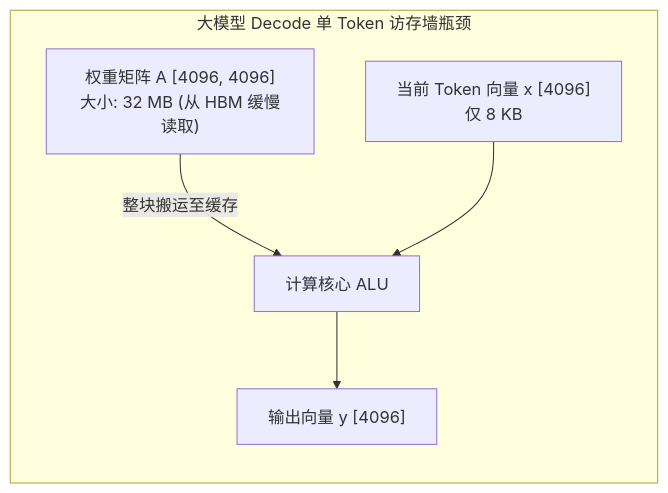
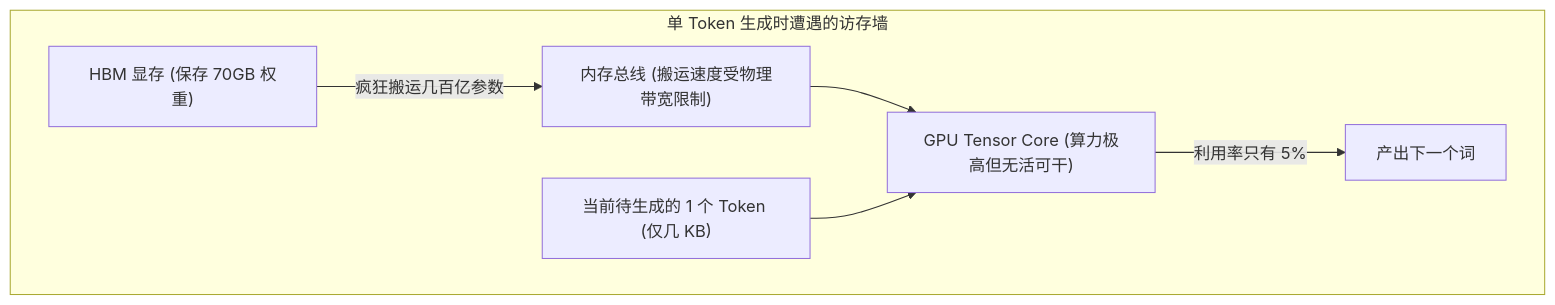
One commit to hqu-little-boy/blog changed the second of 3 diagrams in src/content/posts/dl-operators-02-linear-algebra-gemm-guide.md. Above: the diagram before and after it, drawn with Mermaid. The commit also changed other lines of this file and 11 other files, not shown here.

````diff
--- a/src/content/posts/dl-operators-02-linear-algebra-gemm-guide.md
+++ b/src/content/posts/dl-operators-02-linear-algebra-gemm-guide.md
@@ -297,11 +251,14 @@
 ```mermaid
-graph LR
-    subgraph DecodeBottleneck["大模型 Decode 单 Token 访存墙瓶颈"]
-        Weights["权重矩阵 A [4096, 4096]\n大小: 32 MB (从 HBM 缓慢读取)"]
-        TokenVector["当前 Token 向量 x [4096]\n仅 8 KB"]
-        Out["输出向量 y [4096]"]
-        Weights -->|整块搬运至缓存| ALU["计算核心 ALU"]
-        TokenVector --> ALU
-        ALU --> Out
+graph TD
+    subgraph DecodePain["单 Token 生成时遭遇的访存墙"]
+        Memory["HBM 显存 (保存 70GB 权重)"]
+        Bus["内存总线 (搬运速度受物理带宽限制)"]
+        Core["GPU Tensor Core (算力极高但无活可干)"]
+        OneToken["当前待生成的 1 个 Token (仅几 KB)"]
+
+        Memory -->|疯狂搬运几百亿参数| Bus
+        Bus --> Core
+        OneToken --> Core
+        Core -->|利用率只有 5%| OutToken["产出下一个词"]
     end
 ```
````
